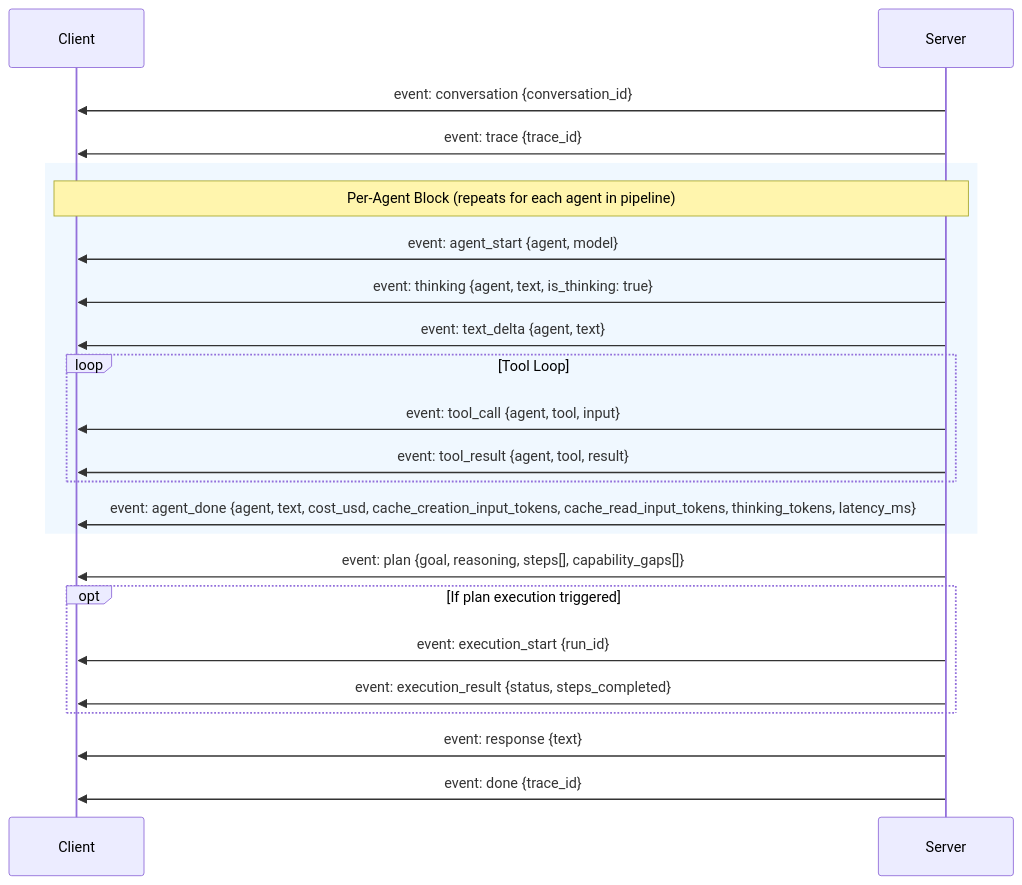
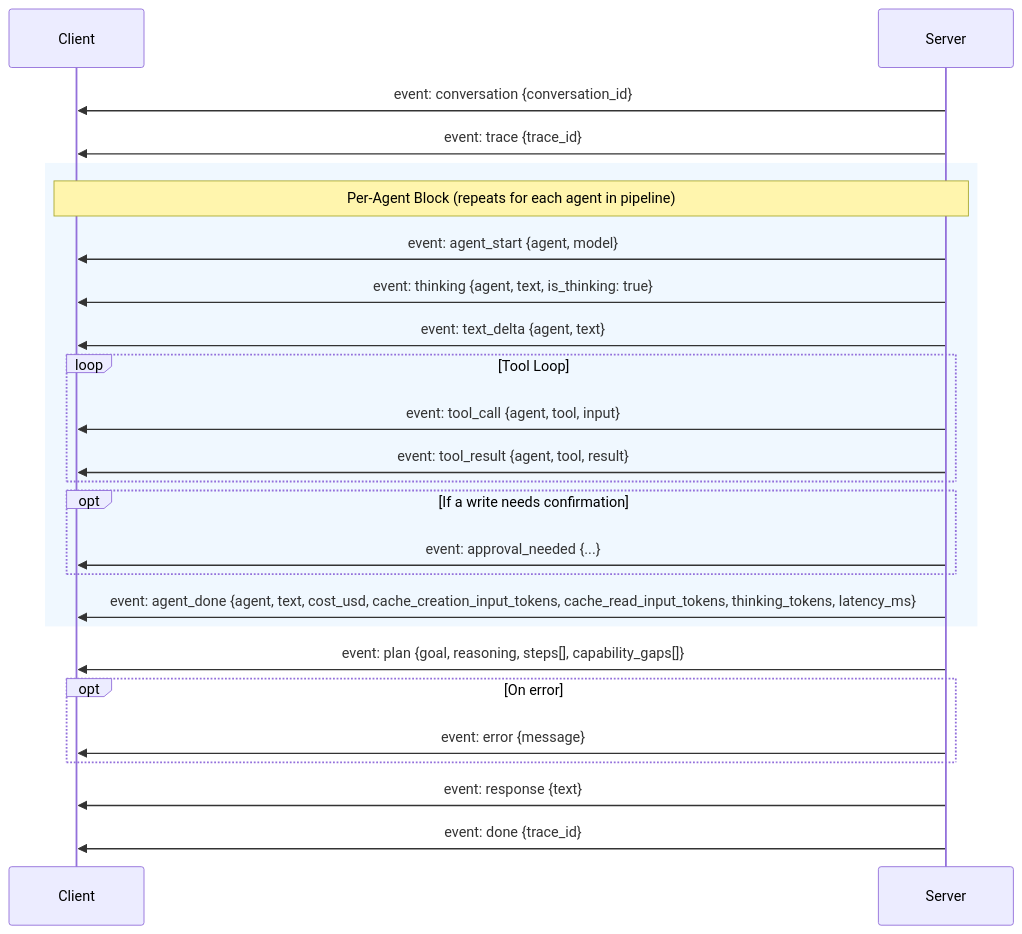
One commit to shivadharmi/muldro changed the second of 3 diagrams in docs/architecture/message-flow.md. Above: the diagram before and after it, drawn with Mermaid. The commit also changed other lines of this file and 14 other files, not shown here.

First line of the commit message:
docs: sync durable architecture docs with post-rebuild code

````diff
--- a/docs/architecture/message-flow.md
+++ b/docs/architecture/message-flow.md
@@ -65,30 +71,32 @@
 ```mermaid
 sequenceDiagram
     participant C as Client
     participant S as Server
 
     S->>C: event: conversation {conversation_id}
     S->>C: event: trace {trace_id}
 
     rect rgb(240, 248, 255)
         Note over C,S: Per-Agent Block (repeats for each agent in pipeline)
         S->>C: event: agent_start {agent, model}
         S->>C: event: thinking {agent, text, is_thinking: true}
         S->>C: event: text_delta {agent, text}
         loop Tool Loop
             S->>C: event: tool_call {agent, tool, input}
             S->>C: event: tool_result {agent, tool, result}
         end
+        opt If a write needs confirmation
+            S->>C: event: approval_needed {...}
+        end
         S->>C: event: agent_done {agent, text, cost_usd, cache_creation_input_tokens, cache_read_input_tokens, thinking_tokens, latency_ms}
     end
 
     S->>C: event: plan {goal, reasoning, steps[], capability_gaps[]}
 
-    opt If plan execution triggered
-        S->>C: event: execution_start {run_id}
-        S->>C: event: execution_result {status, steps_completed}
+    opt On error
+        S->>C: event: error {message}
     end
 
     S->>C: event: response {text}
     S->>C: event: done {trace_id}
 ```
````
